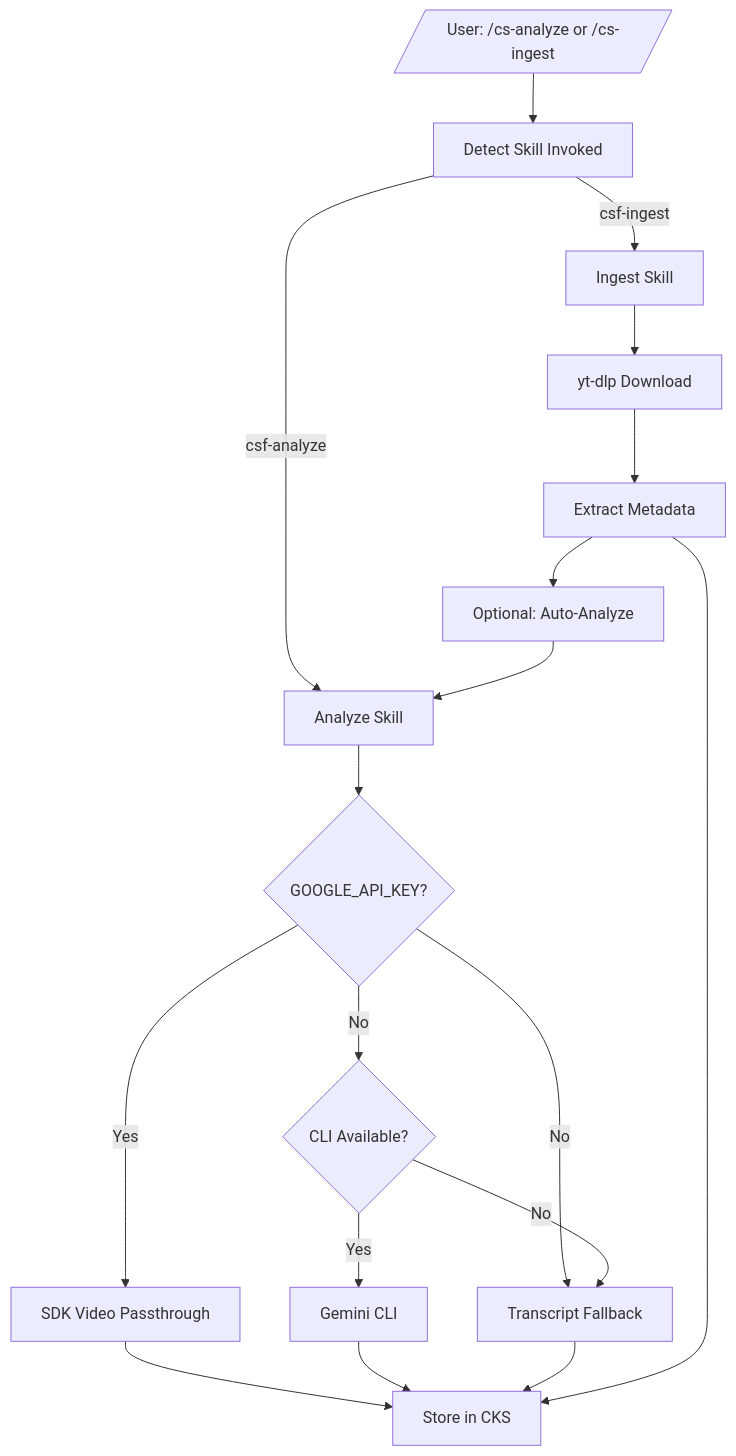
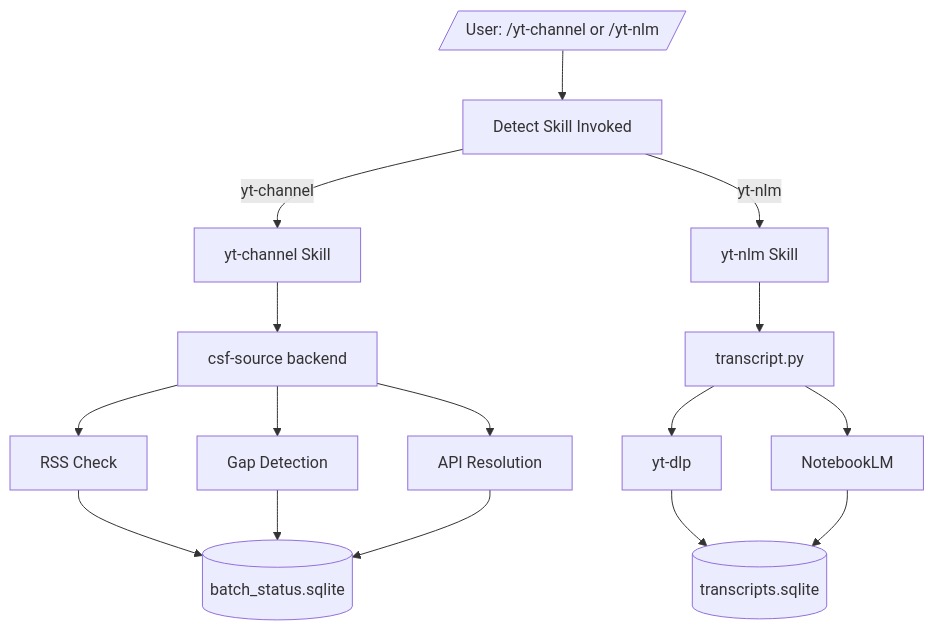
One commit to EndUser123/intelligence-stream changed the diagram in README.md. Above: the diagram before and after it, drawn with Mermaid. The commit also changed other lines of this file and 92 other files, not shown here.

````diff
--- a/README.md
+++ b/README.md
@@ -195,20 +204,18 @@
 ```mermaid
 graph TB
-    User[/"User: /cs-analyze or /cs-ingest"/] --> Detect[Detect Skill Invoked]
-    Detect -->|csf-analyze| AnalyzeSkill[Analyze Skill]
-    Detect -->|csf-ingest| IngestSkill[Ingest Skill]
-    AnalyzeSkill --> CheckKey{GOOGLE_API_KEY?}
-    CheckKey -->|Yes| SDK[SDK Video Passthrough]
-    CheckKey -->|No| CheckCLI{CLI Available?}
-    CheckKey -->|No| Transcript[Transcript Fallback]
-    CheckCLI -->|Yes| CLI[Gemini CLI]
-    CheckCLI -->|No| Transcript
-    SDK --> CKS[Store in CKS]
-    CLI --> CKS
-    Transcript --> CKS
-    IngestSkill --> ytDLP[yt-dlp Download]
-    ytDLP --> Metadata[Extract Metadata]
-    Metadata --> CKS
-    Metadata --> AnalyzeOpt[Optional: Auto-Analyze]
-    AnalyzeOpt --> AnalyzeSkill
+    User[/"User: /yt-channel or /yt-nlm"/] --> Detect[Detect Skill Invoked]
+    Detect -->|yt-channel| ChannelSkill[yt-channel Skill]
+    Detect -->|yt-nlm| NLMSkill[yt-nlm Skill]
+    ChannelSkill --> CSFSource[csf-source backend]
+    NLMSkill --> TranscriptPy[transcript.py]
+    CSFSource --> RSS[RSS Check]
+    CSFSource --> Gap[Gap Detection]
+    CSFSource --> API[API Resolution]
+    RSS --> DB[(batch_status.sqlite)]
+    Gap --> DB
+    API --> DB
+    TranscriptPy --> YTDLP[yt-dlp]
+    TranscriptPy --> NLM[NotebookLM]
+    YTDLP --> Cache[(transcripts.sqlite)]
+    NLM --> Cache
 ```
````
